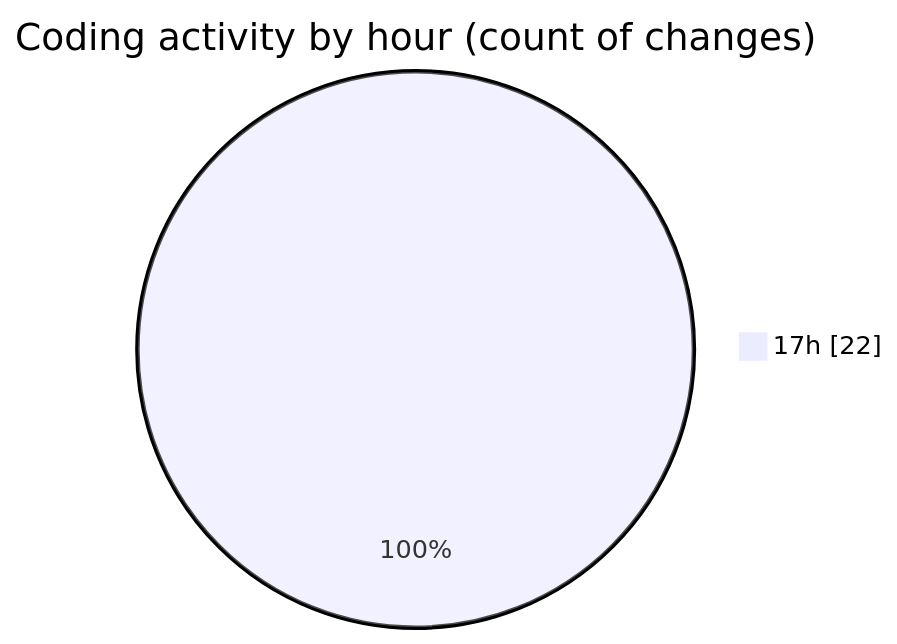
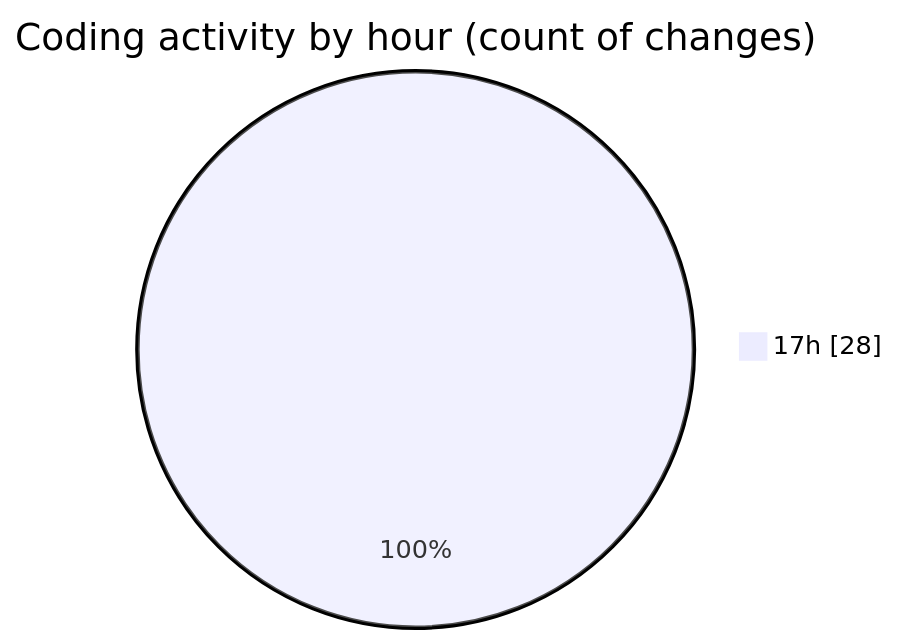
One commit to nxtqubesakshisongat/code-tracking changed the second of 2 diagrams in 2025-07-19/nxtqube_webapp/README.md. Above: the diagram before and after it, drawn with Mermaid. The commit also changed other lines of this file and 1 other file, not shown here.

````diff
--- a/2025-07-19/nxtqube_webapp/README.md
+++ b/2025-07-19/nxtqube_webapp/README.md
@@ -37,5 +38,5 @@
 ```mermaid
 pie showData
 title Coding activity by hour (count of changes)
-"17h" : 22
+"17h" : 28
 ```
````
